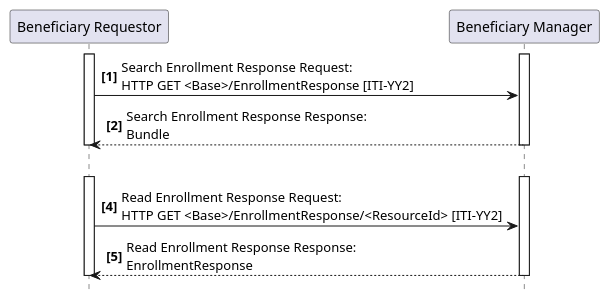
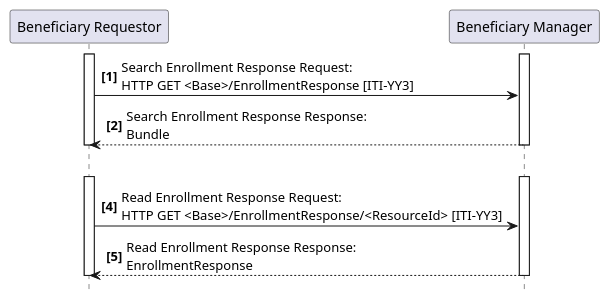
One commit to IHE/ITI.Finance changed the diagram in input/images-source/ITI-YY3-seq.plantuml. Above: the diagram before and after it, drawn with PlantUML.

```diff
--- a/input/images-source/ITI-YY3-seq.plantuml
+++ b/input/images-source/ITI-YY3-seq.plantuml
@@ -1,22 +1,22 @@
 @startuml
 skinparam svgDimensionStyle false
 hide footbox
 autonumber "<b>[0]"
 participant "Beneficiary Requestor" as Req
 participant "Beneficiary Manager" as Man
 activate Req
 activate Man
-Req -> Man : Search Enrollment Response Request:\nHTTP GET <Base>/EnrollmentResponse [ITI-YY2]
+Req -> Man : Search Enrollment Response Request:\nHTTP GET <Base>/EnrollmentResponse [ITI-YY3]
 Man --> Req : Search Enrollment Response Response:\nBundle
 deactivate Man
 deactivate Req
 
 Req -[hidden]> Man
 activate Req
 activate Man 
-Req -> Man : Read Enrollment Response Request:\nHTTP GET <Base>/EnrollmentResponse/<ResourceId> [ITI-YY2]
+Req -> Man : Read Enrollment Response Request:\nHTTP GET <Base>/EnrollmentResponse/<ResourceId> [ITI-YY3]
 Man --> Req : Read Enrollment Response Response:\nEnrollmentResponse
 deactivate Man
 deactivate Req
 
 @enduml
```
